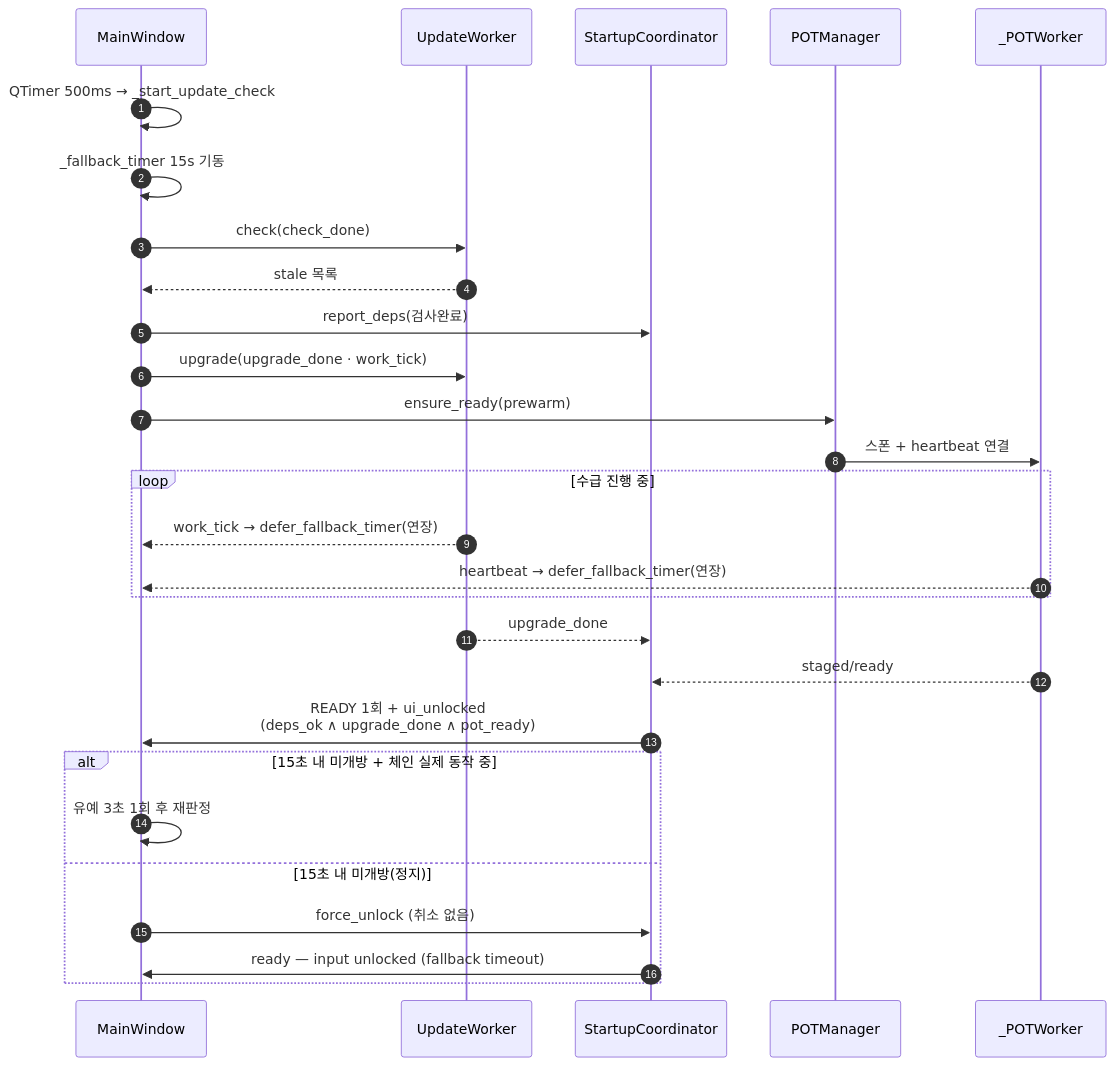
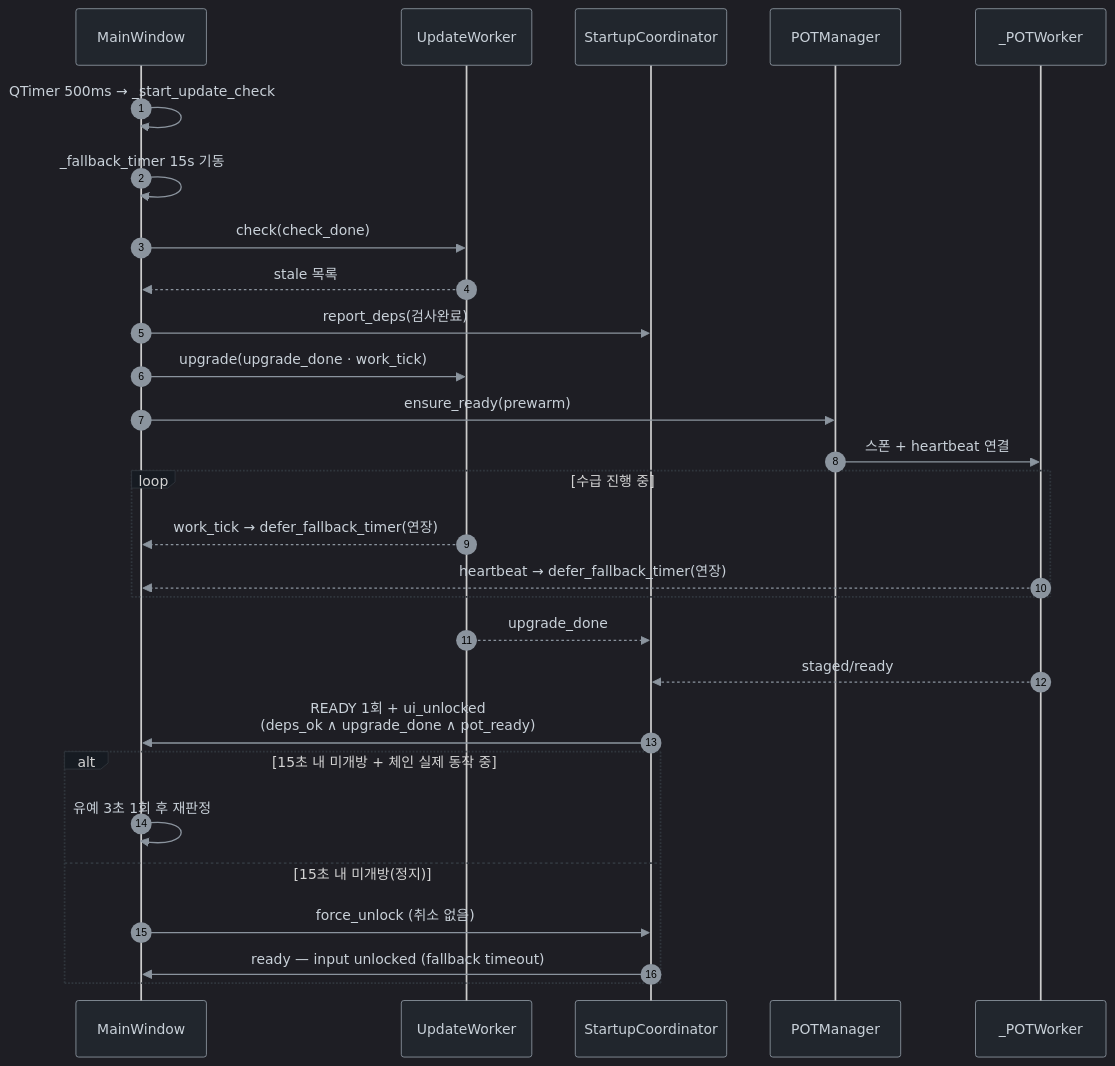
Before and after one commit to joyksan/ChzzkTube: the second of 3 diagrams in README.md, drawn with Mermaid. The commit also changed other lines of this file and 1 other file, not shown here.

Commit message:
refactor : architecture 렌더링 보강

````diff
--- a/README.md
+++ b/README.md
@@ -119,31 +131,45 @@
 ```mermaid
+%%{init: {
+  'theme': 'dark',
+  'themeVariables': {
+    'actorBkg': '#21262d',
+    'actorBorder': '#8b949e',
+    'actorTextColor': '#c9d1d9',
+    'signalColor': '#8b949e',
+    'signalTextColor': '#c9d1d9',
+    'labelBoxBkgColor': '#161b22',
+    'labelBoxBorderColor': '#30363d',
+    'labelTextSize': '13px',
+    'loopByBkgColor': '#0d1117'
+  }
+}}%%
 sequenceDiagram
     autonumber
     participant M as MainWindow
     participant UW as UpdateWorker
     participant C as StartupCoordinator
     participant PM as POTManager
     participant PW as _POTWorker
 
     M->>M: QTimer 500ms → _start_update_check
     M->>M: _fallback_timer 15s 기동
     M->>UW: check(check_done)
     UW-->>M: stale 목록
     M->>C: report_deps(검사완료)
     M->>UW: upgrade(upgrade_done · work_tick)
     M->>PM: ensure_ready(prewarm)
     PM->>PW: 스폰 + heartbeat 연결
     loop 수급 진행 중
         UW-->>M: work_tick → defer_fallback_timer(연장)
         PW-->>M: heartbeat → defer_fallback_timer(연장)
     end
     UW-->>C: upgrade_done
     PW-->>C: staged/ready
     C->>M: READY 1회 + ui_unlocked<br/>(deps_ok ∧ upgrade_done ∧ pot_ready)
     alt 15초 내 미개방 + 체인 실제 동작 중
         M->>M: 유예 3초 1회 후 재판정
     else 15초 내 미개방(정지)
         M->>C: force_unlock (취소 없음)
         C->>M: ready — input unlocked (fallback timeout)
     end
 ```
````
